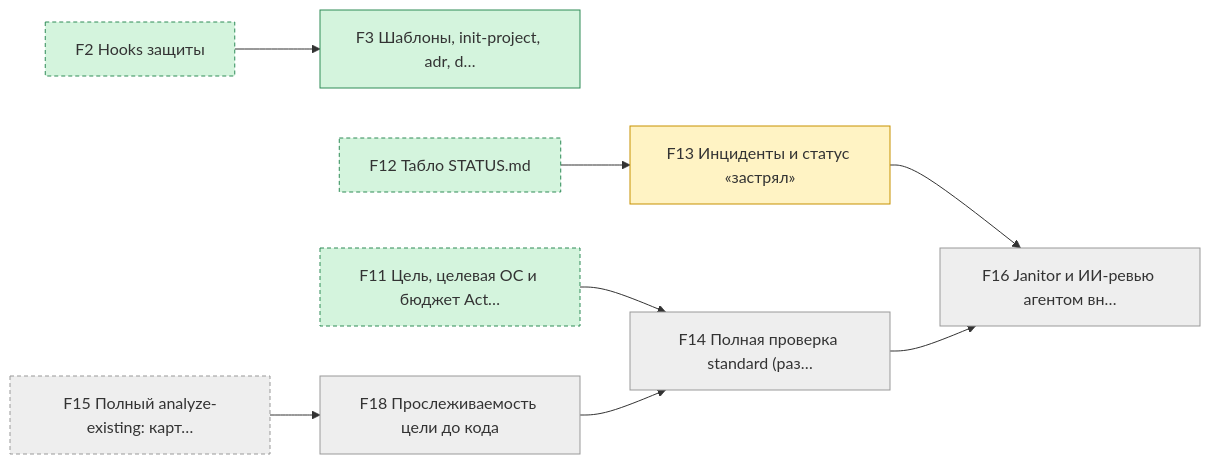
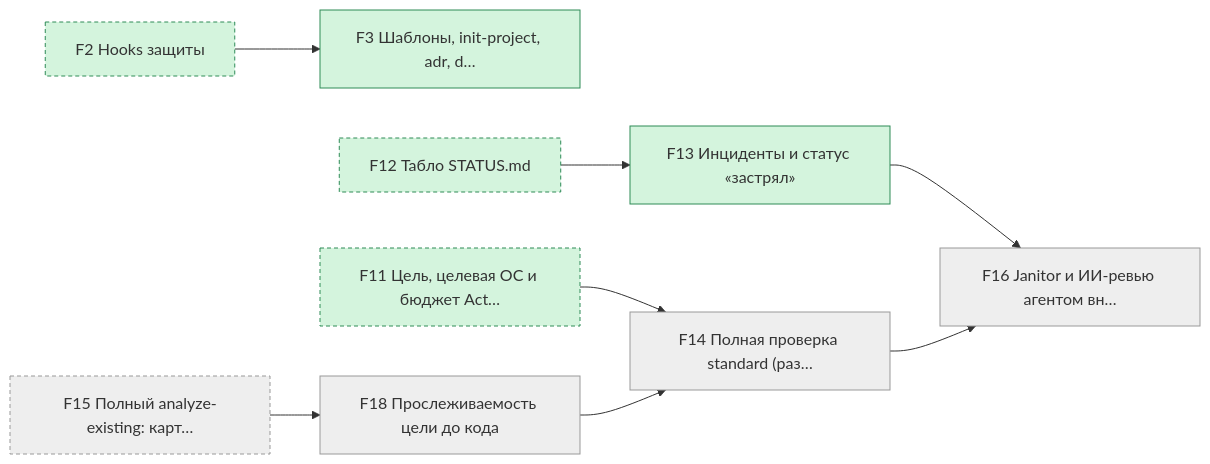
One commit to pete-doc/project-architect changed the sixth of 6 diagrams in state/STATUS.md. Above: the diagram before and after it, drawn with Mermaid. The commit also changed other lines of this file and 2 other files, not shown here.

````diff
--- a/state/STATUS.md
+++ b/state/STATUS.md
@@ -149,28 +148,27 @@
 ```mermaid
 graph LR
   F3["F3 Шаблоны, init-project, adr, d…"]
   F13["F13 Инциденты и статус «застрял»"]
   F14["F14 Полная проверка standard (раз…"]
   F16["F16 Janitor и ИИ-ревью агентом вн…"]
   F18["F18 Прослеживаемость цели до кода"]
   F2["F2 Hooks защиты"]
   F12["F12 Табло STATUS.md"]
   F11["F11 Цель, целевая ОС и бюджет Act…"]
   F15["F15 Полный analyze-existing: карт…"]
   F2 --> F3
   F12 --> F13
   F11 --> F14
   F18 --> F14
   F13 --> F16
   F14 --> F16
   F15 --> F18
   classDef done fill:#d4f4dd,stroke:#2e8b57
   classDef work fill:#fff3c4,stroke:#c79100
   classDef blocked fill:#ffd6d6,stroke:#c0392b
   classDef later fill:#eeeeee,stroke:#999999
   classDef outside stroke-dasharray: 4 3
-  class F3,F2,F12,F11 done
-  class F13 work
+  class F3,F13,F2,F12,F11 done
   class F14,F16,F18,F15 later
   class F2,F12,F11,F15 outside
 ```
````
